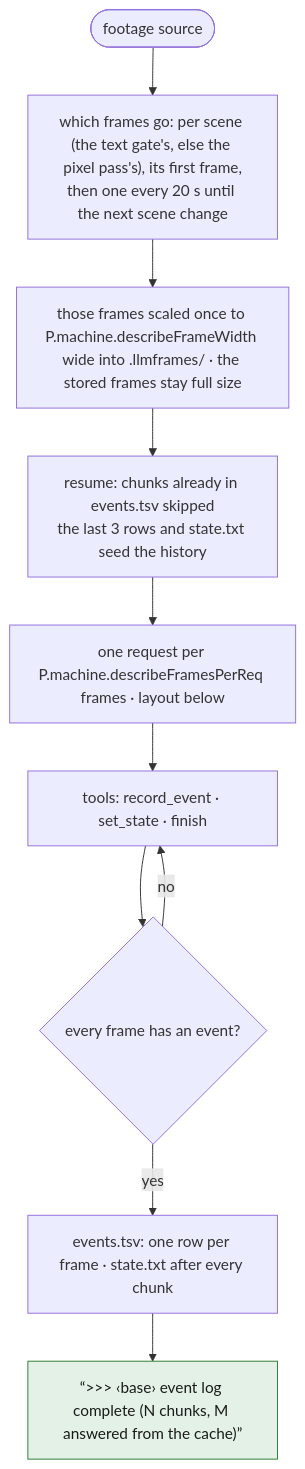
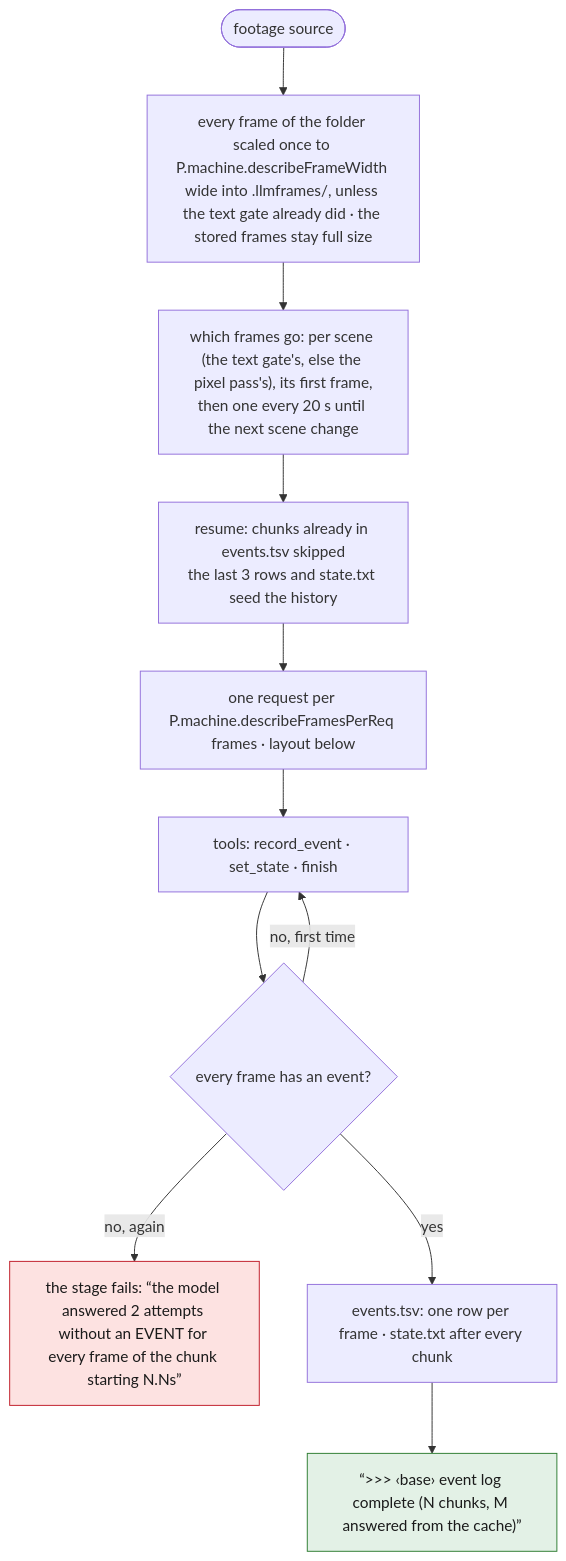
Before and after one commit to tbocek/naivepost: the seventh of 12 diagrams in spec/04-prepare.md, drawn with Mermaid. The commit also changed other lines of this file and 19 other files, not shown here.

````diff
--- a/spec/04-prepare.md
+++ b/spec/04-prepare.md
@@ -203,15 +203,16 @@
 ```mermaid
 flowchart TD
-  A(["footage source"]) --> PICK["which frames go: per scene (the text gate's, else the pixel pass's), its first frame,<br/>then one every 20 s until the next scene change"]
-  PICK --> SC["those frames scaled once to P.machine.describeFrameWidth wide into .llmframes/ · the stored frames stay full size"]
-  SC --> RES["resume: chunks already in events.tsv skipped<br/>the last 3 rows and state.txt seed the history"]
+  A(["footage source"]) --> SC["every frame of the folder scaled once to P.machine.describeFrameWidth wide into .llmframes/, unless the text gate already did · the stored frames stay full size"]
+  SC --> PICK["which frames go: per scene (the text gate's, else the pixel pass's), its first frame,<br/>then one every 20 s until the next scene change"]
+  PICK --> RES["resume: chunks already in events.tsv skipped<br/>the last 3 rows and state.txt seed the history"]
   RES --> REQ["one request per P.machine.describeFramesPerReq frames · layout below"]
   REQ --> T["tools: record_event · set_state · finish"]
   T --> F{"every frame has an event?"}
-  F -- no --> T
+  F -- "no, first time" --> T
+  F -- "no, again" --> FAIL["the stage fails: “the model answered 2 attempts without an EVENT for every frame of the chunk starting N.Ns”"]:::refuse
   F -- yes --> W["events.tsv: one row per frame · state.txt after every chunk"]
   W --> DONE["“>>> ‹base› event log complete (N chunks, M answered from the cache)”"]:::done
   classDef refuse fill:#fde2e1,stroke:#c01c28,color:#1a1a1a
   classDef done fill:#e3f1e6,stroke:#2e7d32,color:#1a1a1a
   classDef ask fill:#e8eefc,stroke:#3a63c8,color:#1a1a1a
 ```
````
